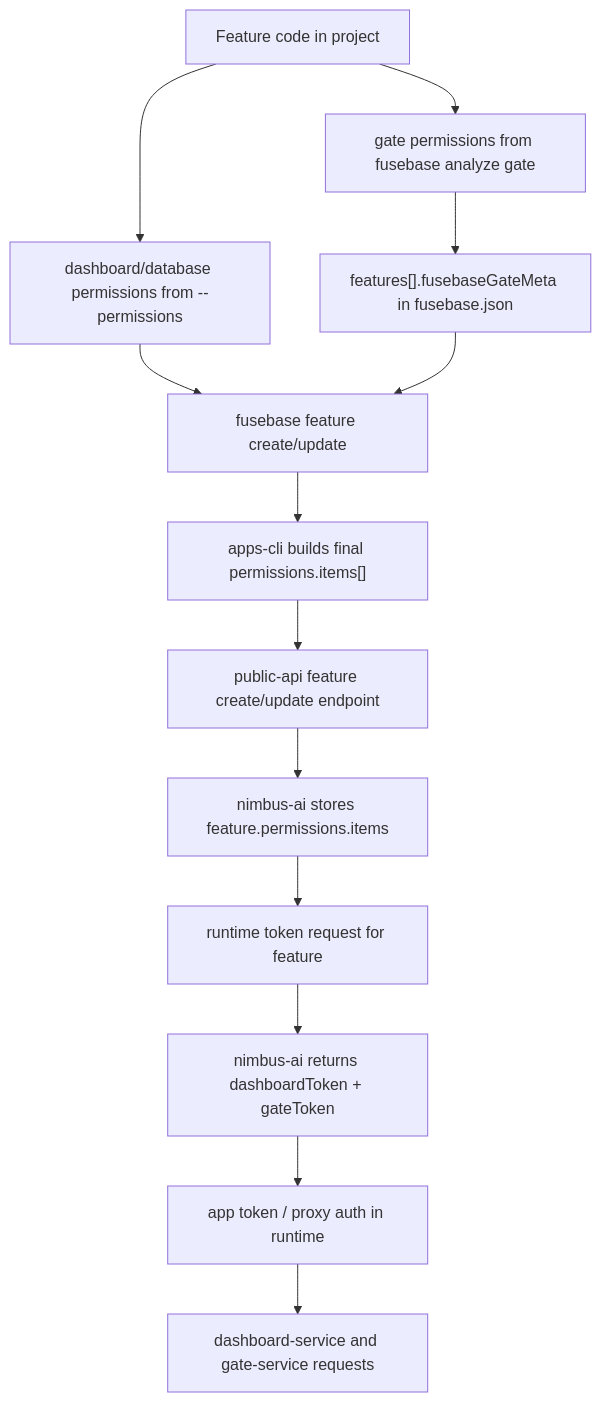
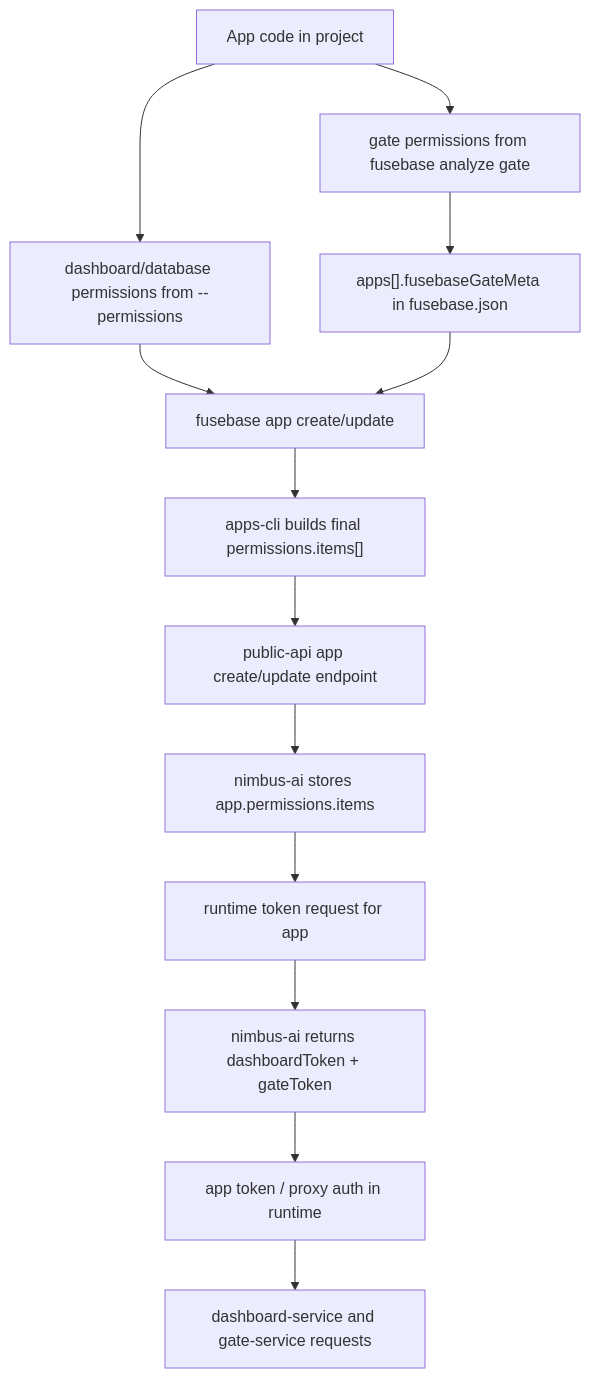
Before and after one commit to fusebase-dev/fusebase-cli: the diagram in docs/PERMISSIONS.md, drawn with Mermaid. The commit also changed other lines of this file and 113 other files, not shown here.

Commit message:
NIM-40957: apps-cli — rename apps→products, features→apps

````diff
--- a/docs/PERMISSIONS.md
+++ b/docs/PERMISSIONS.md
@@ -46,18 +46,18 @@
 ```mermaid
 flowchart TD
-  A["Feature code in project"] --> B["dashboard/database permissions from --permissions"]
+  A["App code in project"] --> B["dashboard/database permissions from --permissions"]
   A --> C["gate permissions from fusebase analyze gate"]
 
-  C --> D["features[].fusebaseGateMeta in fusebase.json"]
-  B --> E["fusebase feature create/update"]
+  C --> D["apps[].fusebaseGateMeta in fusebase.json"]
+  B --> E["fusebase app create/update"]
   D --> E
 
   E --> F["apps-cli builds final permissions.items[]"]
-  F --> G["public-api feature create/update endpoint"]
-  G --> H["nimbus-ai stores feature.permissions.items"]
+  F --> G["public-api app create/update endpoint"]
+  G --> H["nimbus-ai stores app.permissions.items"]
 
-  H --> I["runtime token request for feature"]
+  H --> I["runtime token request for app"]
   I --> J["nimbus-ai returns dashboardToken + gateToken"]
   J --> K["app token / proxy auth in runtime"]
   K --> L["dashboard-service and gate-service requests"]
 ```
````
